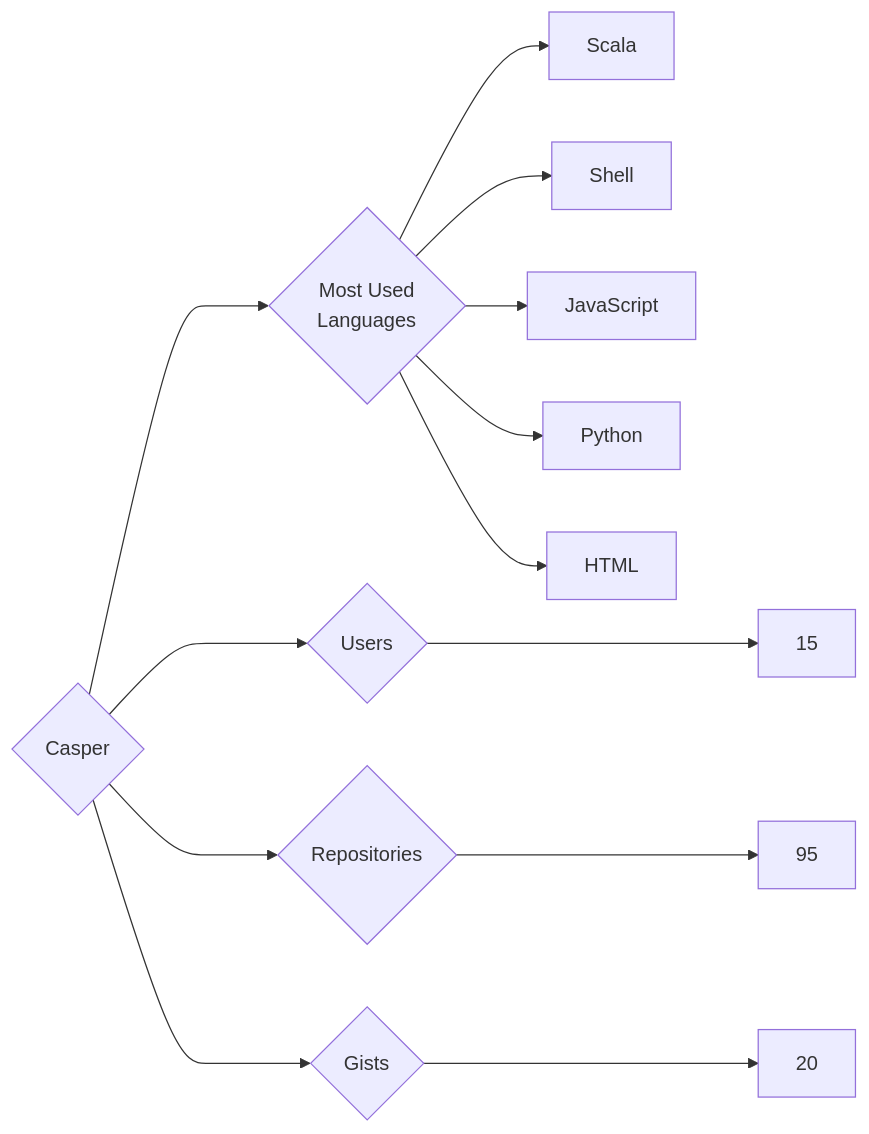
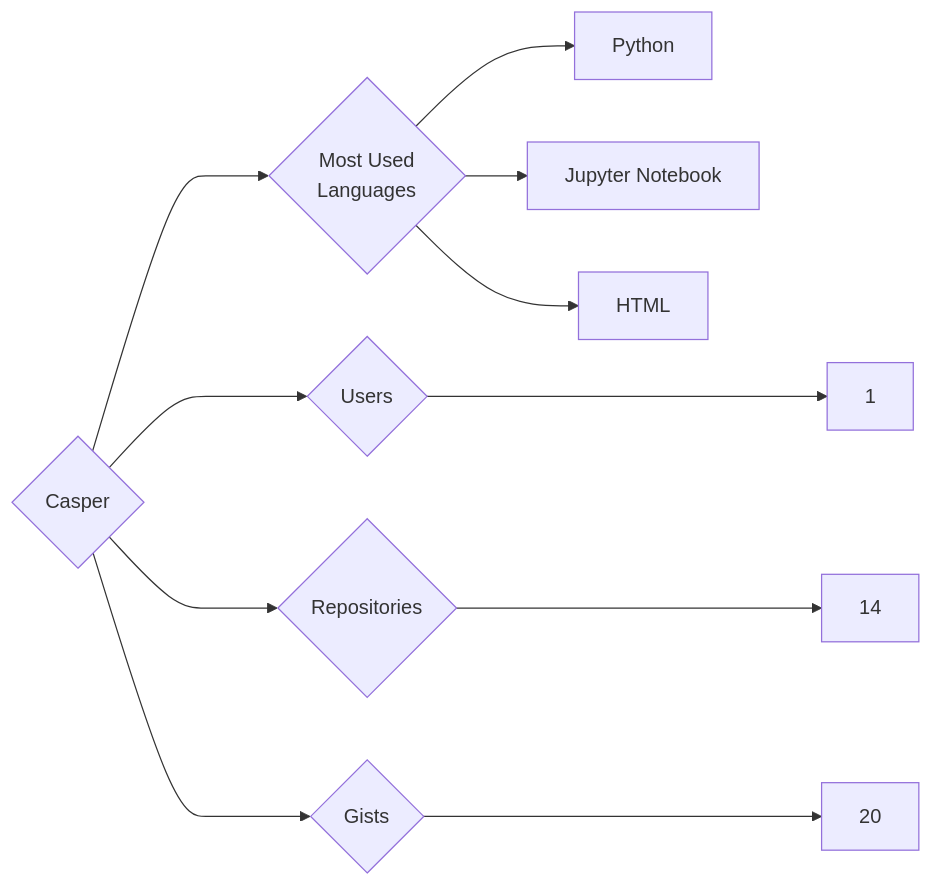
The diagram in targets/Casper/README.md (trickest/insiders), drawn with Mermaid before and after one commit. The commit also changed 882 other files, not shown here.

````diff
--- a/targets/Casper/README.md
+++ b/targets/Casper/README.md
@@ -3,13 +3,11 @@
 ```mermaid
 graph LR
 COMPANY_NAME{Casper}
-COMPANY_NAME ---> U{Users} ---> UN[15]
-COMPANY_NAME ---> R{Repositories} ---> RN[95]
+COMPANY_NAME ---> U{Users} ---> UN[1]
+COMPANY_NAME ---> R{Repositories} ---> RN[14]
 COMPANY_NAME ---> G{Gists} ---> GN[20]
 COMPANY_NAME ---> ML{Most Used<br>Languages}
-ML --> Scala[Scala]
-ML --> Shell[Shell]
-ML --> JavaScript[JavaScript]
 ML --> Python[Python]
+ML --> Jupyter_Notebook[Jupyter Notebook]
 ML --> HTML[HTML]
 ```
````
